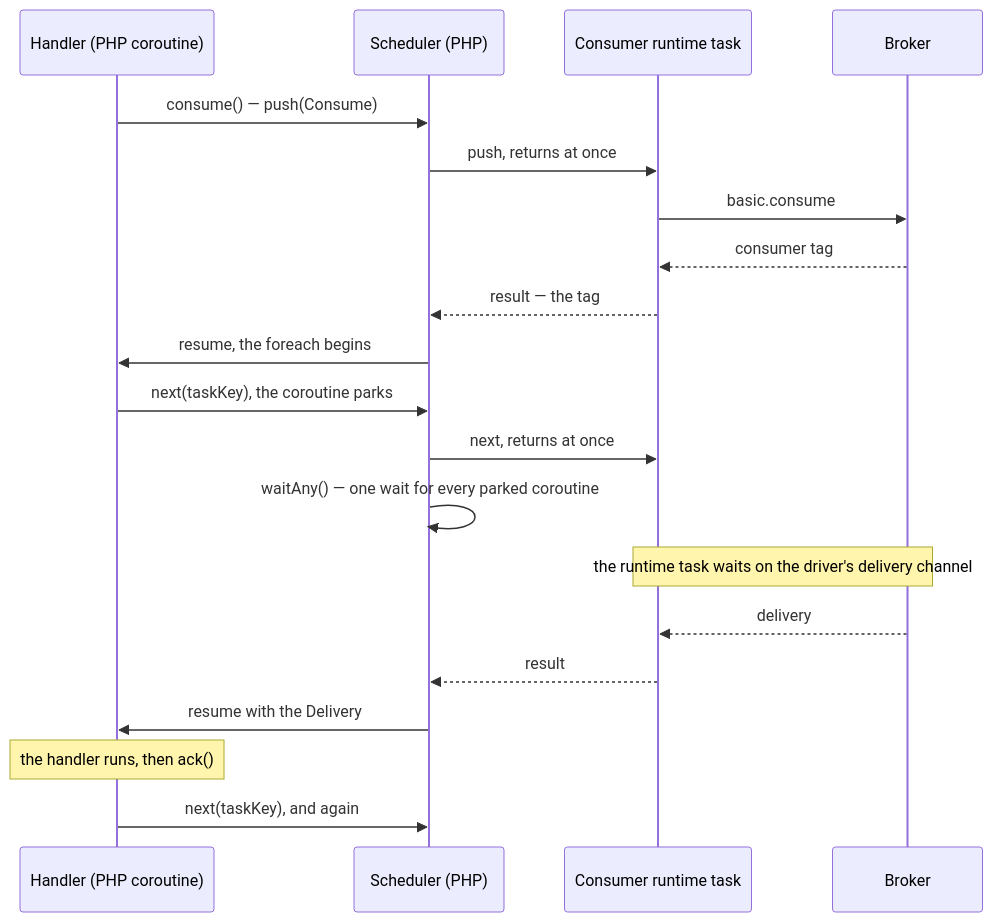
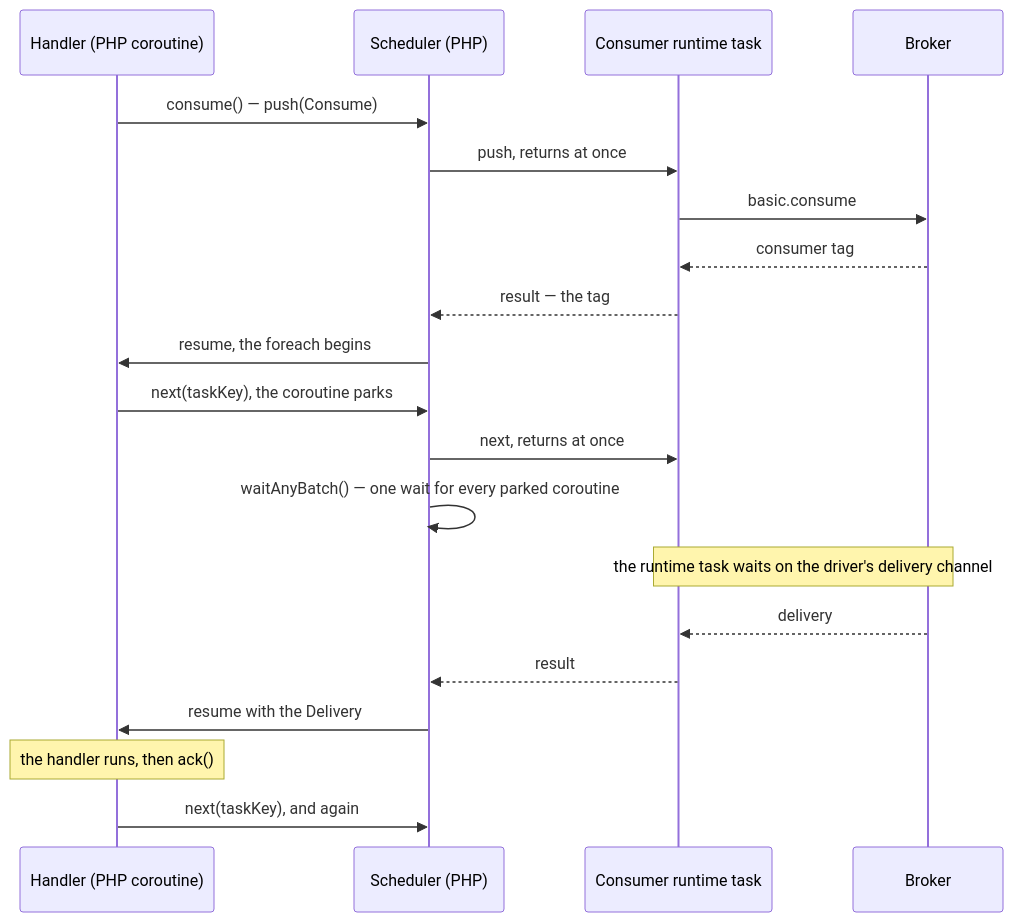
One commit to sprust/sconcur changed the diagram in docs/amqp.md. Above: the diagram before and after it, drawn with Mermaid. The commit also changed other lines of this file and 51 other files, not shown here.

````diff
--- a/docs/amqp.md
+++ b/docs/amqp.md
@@ -414,24 +417,24 @@
 ```mermaid
 sequenceDiagram
     participant H as Handler (PHP coroutine)
     participant S as Scheduler (PHP)
     participant G as Consumer runtime task
     participant B as Broker
 
     H->>S: consume() — push(Consume)
     S->>G: push, returns at once
     G->>B: basic.consume
     B-->>G: consumer tag
     G-->>S: result — the tag
     S->>H: resume, the foreach begins
 
     H->>S: next(taskKey), the coroutine parks
     S->>G: next, returns at once
-    S->>S: waitAny() — one wait for every parked coroutine
+    S->>S: waitAnyBatch() — one wait for every parked coroutine
     Note over G,B: the runtime task waits on the driver's delivery channel
     B-->>G: delivery
     G-->>S: result
     S->>H: resume with the Delivery
     Note over H: the handler runs, then ack()
     H->>S: next(taskKey), and again
 ```
````
